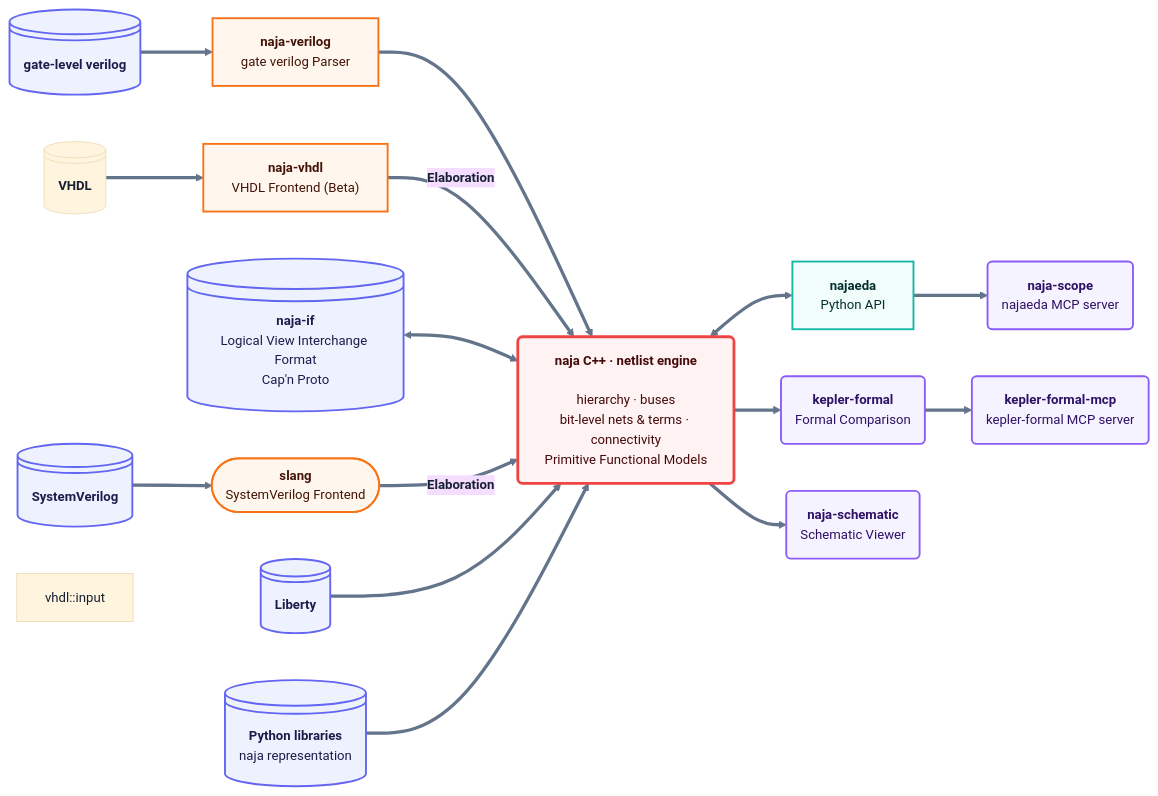
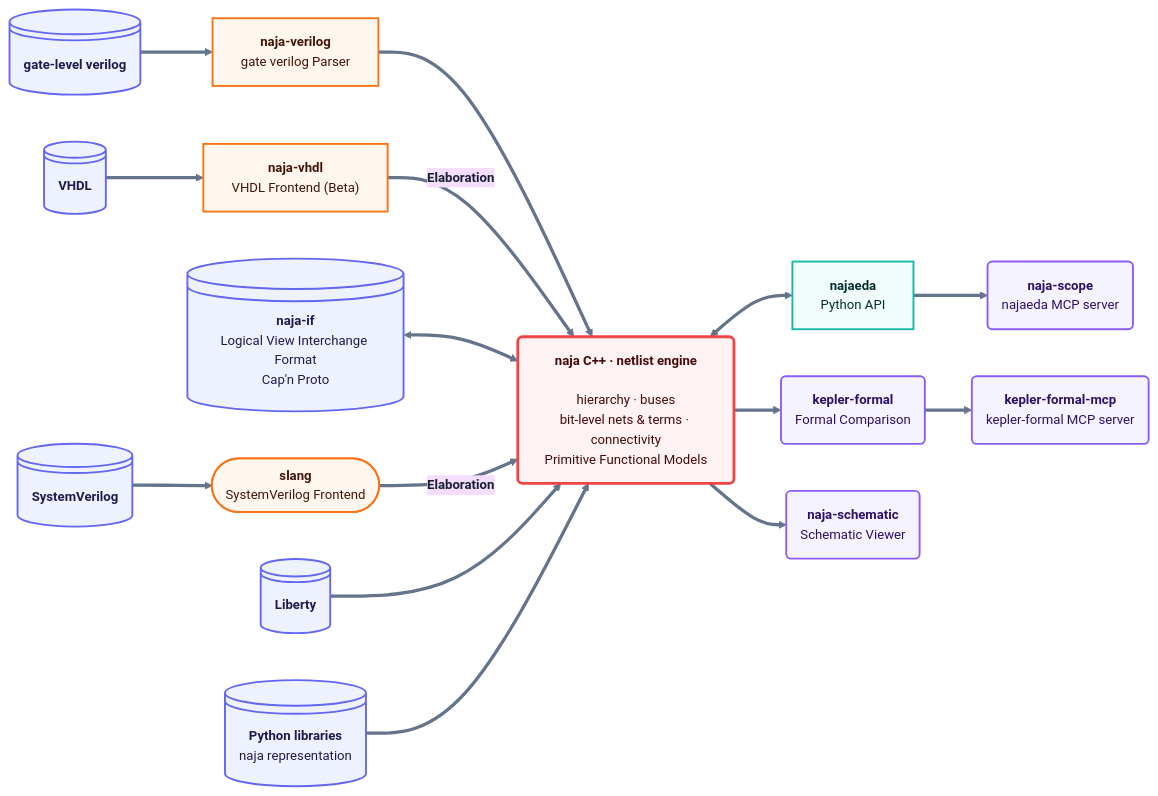
One commit to najaeda/naja changed the diagram in README.md. Above: the diagram before and after it, drawn with Mermaid.

Commit message:
Fix typo in VHDL input section

````diff
--- a/README.md
+++ b/README.md
@@ -47,66 +47,66 @@
 ```mermaid
 ---
 config:
   layout: dagre
   theme: base
   themeVariables:
     fontFamily: ''
     fontSize: 14px
     primaryTextColor: '#172033'
     lineColor: '#64748b'
     clusterBkg: '#f8fafc'
     clusterBorder: '#cbd5e1'
 ---
 flowchart LR
     sv["`**SystemVerilog**`"] ==> slang(["`**slang**<br>SystemVerilog Frontend`"])
     vhdl["`**VHDL**`"] ==> naja-vhdl["`**naja-vhdl**<br> VHDL Frontend (Beta)`"]
     verilog["`**gate-level verilog**`"] ==> naja-verilog["`**naja-verilog**<br>gate verilog Parser`"]
     naja-verilog ==> naja["`**naja C++ · netlist engine**<br><br>hierarchy · buses<br>bit-level nets &amp; terms · connectivity<br>Primitive Functional Models`"]
     naja-vhdl =="`**Elaboration**`"==> naja
     najaif@{ label: "**naja-if**<br>Logical View Interchange Format<br>Cap'n Proto" } <==> naja
     slang =="`**Elaboration**`"==> naja
     naja <==> najaeda["`**najaeda**<br>Python API`"]
     naja ==> kf("`**kepler-formal**<br>Formal Comparison`") & ns("`**naja-schematic**<br>Schematic Viewer`")
     najaeda ==> scope("`**naja-scope**<br>najaeda MCP server`")
     kf ==> kfm("`**kepler-formal-mcp**<br>kepler-formal MCP server`")
     lib["`**Liberty**`"] ==> naja
     pythonlibs["`**Python libraries**<br>naja representation`"] ==> naja
 
     sv@{ shape: disk}
     vhdl@{ shape: disk}
     verilog@{ shape: disk}
     naja@{ shape: rounded}
     najaif@{ shape: disk}
     lib@{ shape: disk}
     pythonlibs@{ shape: disk}
     sv:::input
-    vhdl::input
+    vhdl:::input
     slang:::frontend
     naja-verilog:::frontend
     naja-vhdl:::frontend
     verilog:::input
     naja:::core
     najaif:::input
     najaeda:::api
     kf:::tool
     kfm:::tool
     ns:::tool
     scope:::tool
     lib:::input
     pythonlibs:::input
     classDef input fill:#eef2ff,stroke:#6366f1,color:#1e1b4b,stroke-width:2px
     classDef frontend fill:#fff7ed,stroke:#f97316,color:#431407,stroke-width:2px
     classDef core fill:#fef2f2,stroke:#ef4444,color:#450a0a,stroke-width:3px
     classDef api fill:#f0fdfa,stroke:#14b8a6,color:#042f2e,stroke-width:2px
     classDef tool fill:#f5f3ff,stroke:#8b5cf6,color:#2e1065,stroke-width:2px
     click slang "https://github.com/MikePopoloski/slang"
     click naja-verilog "https://github.com/najaeda/naja-verilog"
     click naja "https://github.com/najaeda/naja"
     click najaif "https://github.com/najaeda/naja-if"
     click najaeda "https://pypi.org/project/najaeda/"
     click kf "https://github.com/keplertech/kepler-formal"
     click kfm "https://github.com/keplertech/kepler-formal-mcp"
     click ns "https://github.com/najaeda/naja-schematic"
     click scope "https://github.com/najaeda/naja-scope"
 
 ```
````
